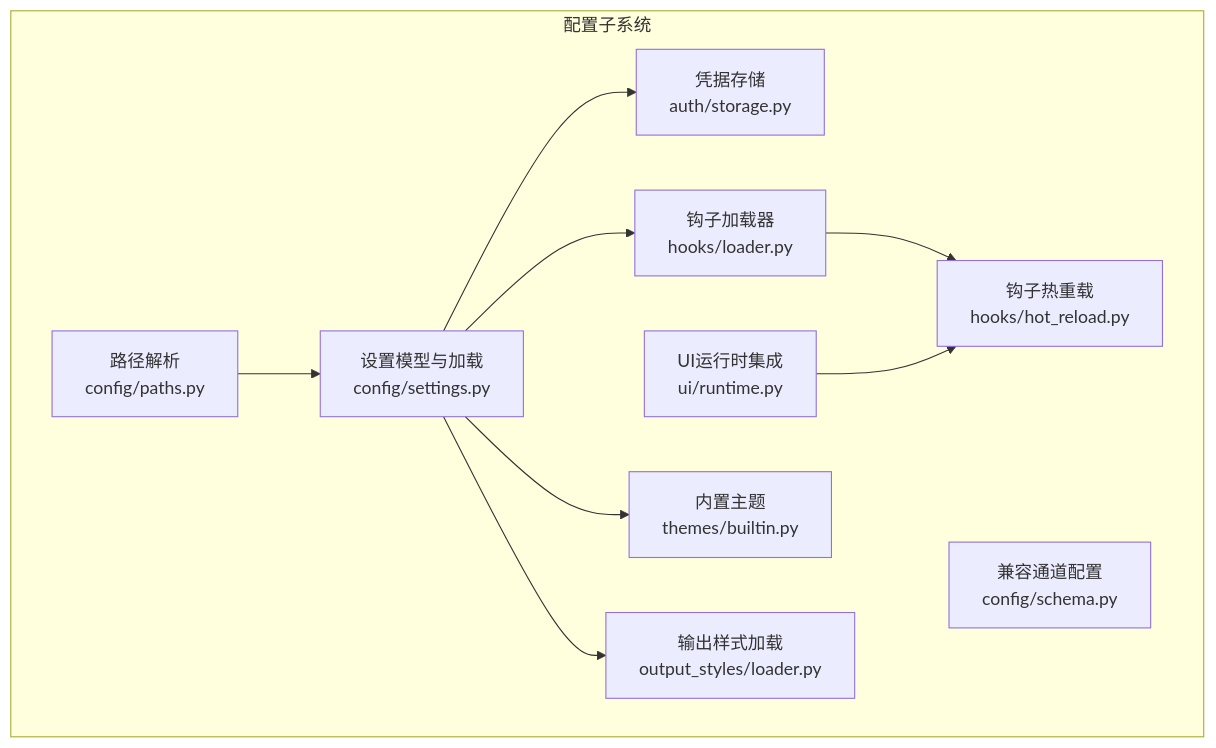
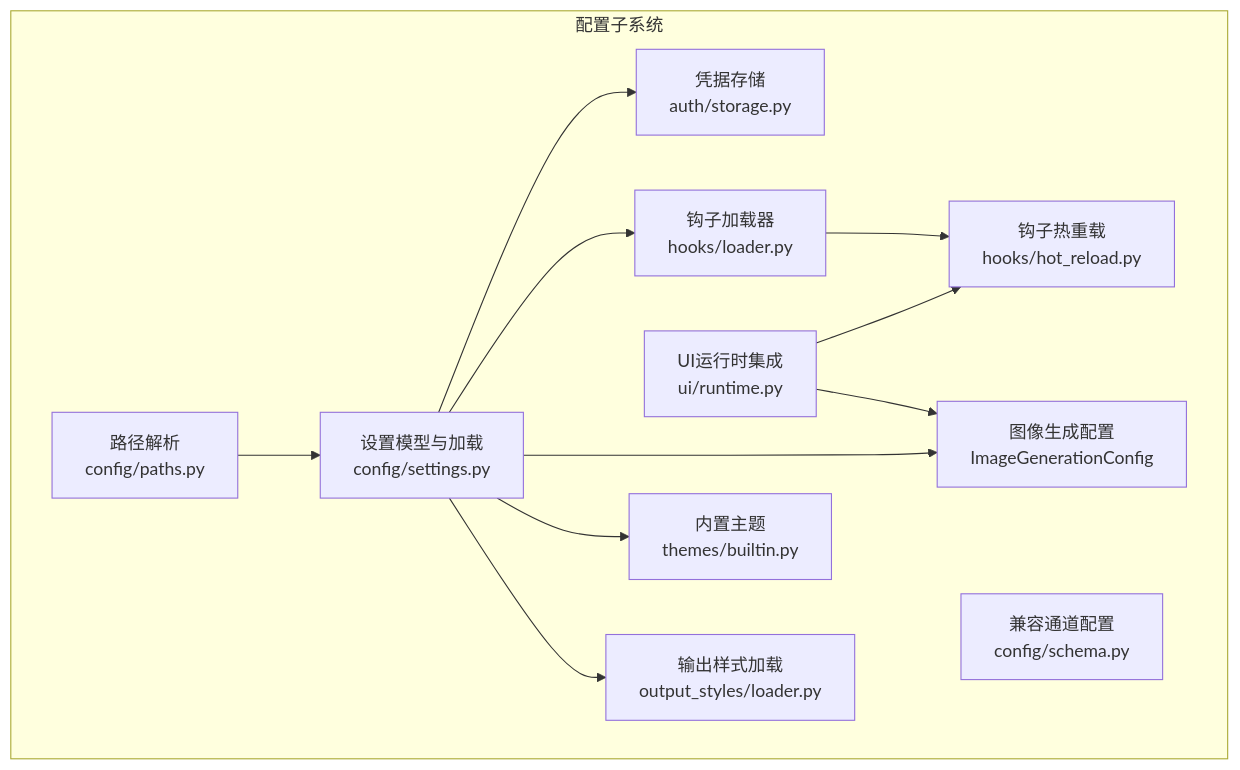
Before and after one commit to tea4go/OpenHarness: the first of 8 diagrams in .qoder/repowiki/zh/content/配置管理/配置管理.md, drawn with Mermaid. The commit also changed other lines of this file and 4 other files, not shown here.

First line of the commit message:
docs(ui): 增强UI运行时与图像生成工具支持

````diff
--- a/.qoder/repowiki/zh/content/配置管理/配置管理.md
+++ b/.qoder/repowiki/zh/content/配置管理/配置管理.md
@@ -45,21 +56,24 @@
 ```mermaid
 graph TB
 subgraph "配置子系统"
 Paths["路径解析<br/>config/paths.py"]
 Settings["设置模型与加载<br/>config/settings.py"]
 Compat["兼容通道配置<br/>config/schema.py"]
 HotReload["钩子热重载<br/>hooks/hot_reload.py"]
 HookLoader["钩子加载器<br/>hooks/loader.py"]
 Runtime["UI运行时集成<br/>ui/runtime.py"]
 Storage["凭据存储<br/>auth/storage.py"]
 Themes["内置主题<br/>themes/builtin.py"]
 OutStyles["输出样式加载<br/>output_styles/loader.py"]
+ImageGen["图像生成配置<br/>ImageGenerationConfig"]
 end
 Paths --> Settings
 Settings --> Storage
 Settings --> HookLoader
+Settings --> ImageGen
 HookLoader --> HotReload
 Runtime --> HotReload
+Runtime --> ImageGen
 Settings --> Themes
 Settings --> OutStyles
 ```
````
